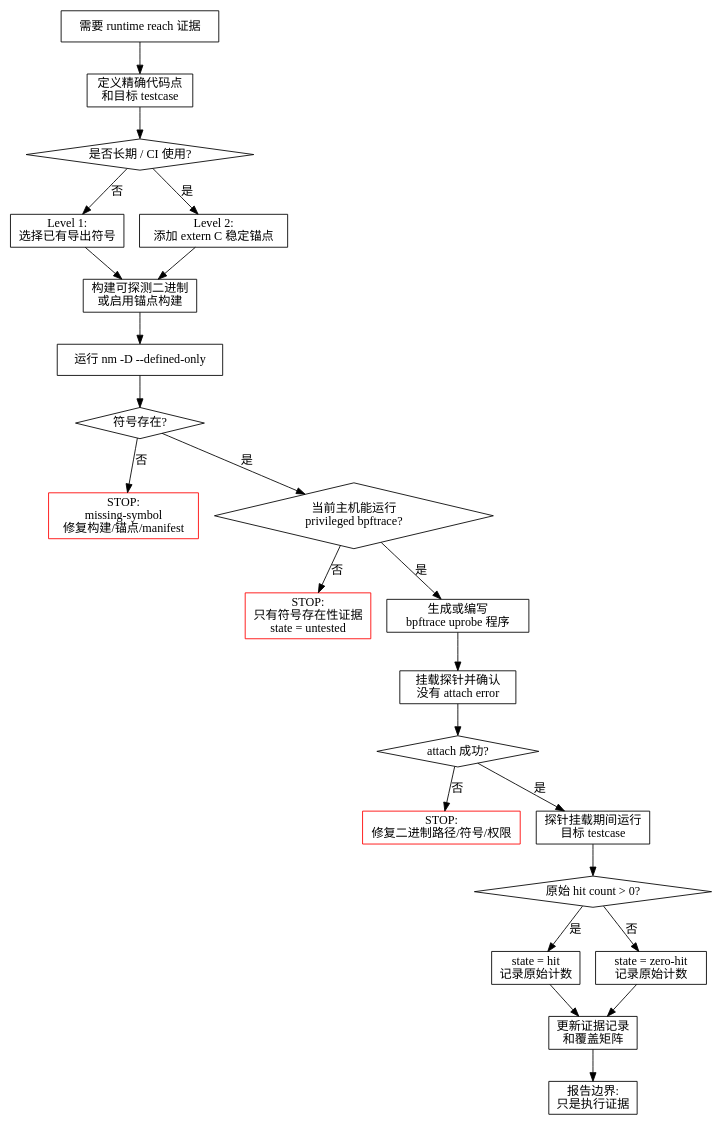
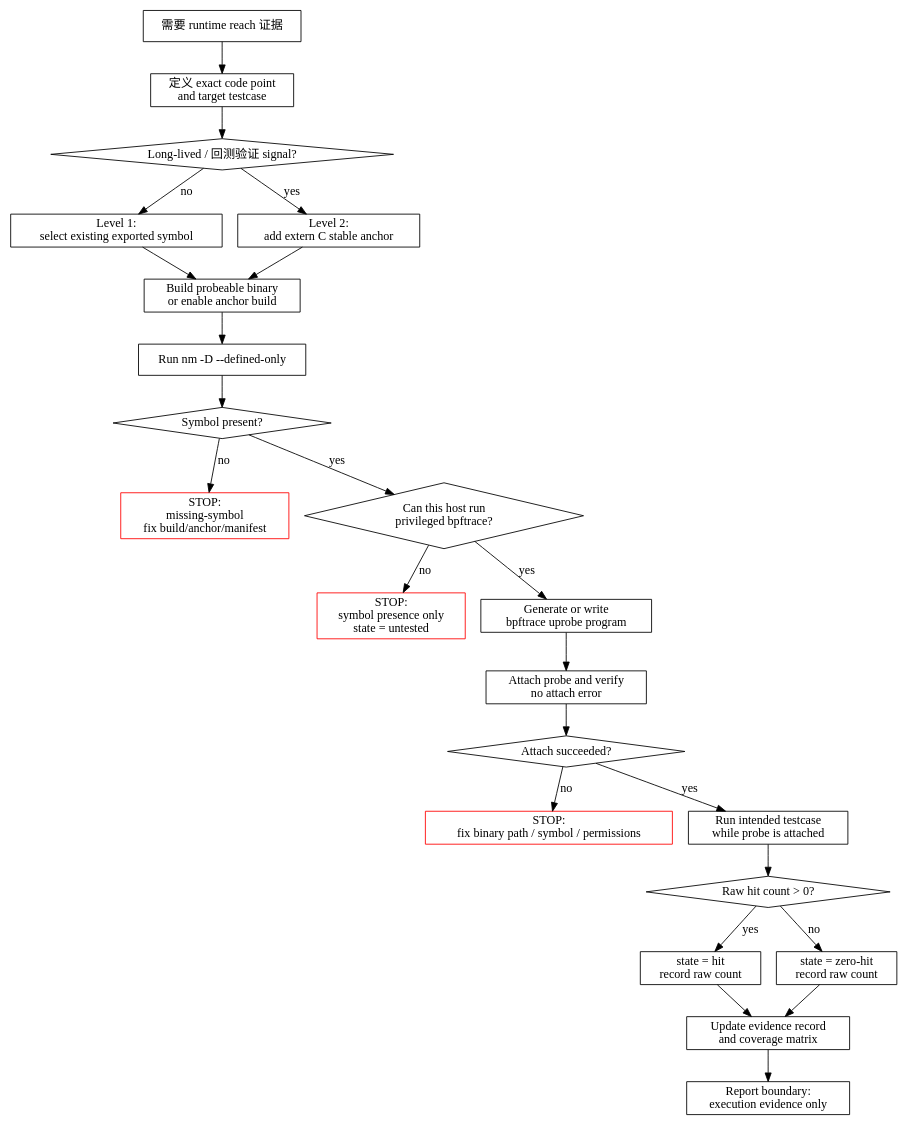
Before and after one commit to joe0731/modelopt_ptq_transformers_doctor: the diagram in .claude/skills/cn_verify_testcase_runtime_reach/SKILL.md, drawn with Graphviz. The commit also changed other lines of this file and 1 other file, not shown here.

````diff
--- a/.claude/skills/cn_verify_testcase_runtime_reach/SKILL.md
+++ b/.claude/skills/cn_verify_testcase_runtime_reach/SKILL.md
@@ -111,48 +114,48 @@
 ```dot
 digraph runtime_reach {
   rankdir=TB;
   node [shape=box];
 
   start [label="需要 runtime reach 证据"];
-  define [label="定义精确代码点\n和目标 testcase"];
-  durable [label="是否长期 / CI 使用?", shape=diamond];
-  level1 [label="Level 1:\n选择已有导出符号"];
-  level2 [label="Level 2:\n添加 extern C 稳定锚点"];
-  build [label="构建可探测二进制\n或启用锚点构建"];
-  nm [label="运行 nm -D --defined-only"];
-  symbol_ok [label="符号存在?", shape=diamond];
-  stop_missing [label="STOP:\nmissing-symbol\n修复构建/锚点/manifest", color=red];
-  privilege [label="当前主机能运行\nprivileged bpftrace?", shape=diamond];
-  stop_symbol_only [label="STOP:\n只有符号存在性证据\nstate = untested", color=red];
-  generate [label="生成或编写\nbpftrace uprobe 程序"];
-  attach [label="挂载探针并确认\n没有 attach error"];
-  attach_ok [label="attach 成功?", shape=diamond];
-  fix_probe [label="STOP:\n修复二进制路径/符号/权限", color=red];
-  run [label="探针挂载期间运行\n目标 testcase"];
-  hits [label="原始 hit count > 0?", shape=diamond];
-  hit [label="state = hit\n记录原始计数"];
-  zero [label="state = zero-hit\n记录原始计数"];
-  matrix [label="更新证据记录\n和覆盖矩阵"];
-  boundary [label="报告边界:\n只是执行证据"];
+  define [label="定义 exact code point\nand target testcase"];
+  durable [label="Long-lived / 回测验证 signal?", shape=diamond];
+  level1 [label="Level 1:\nselect existing exported symbol"];
+  level2 [label="Level 2:\nadd extern C stable anchor"];
+  build [label="Build probeable binary\nor enable anchor build"];
+  nm [label="Run nm -D --defined-only"];
+  symbol_ok [label="Symbol present?", shape=diamond];
+  stop_missing [label="STOP:\nmissing-symbol\nfix build/anchor/manifest", color=red];
+  privilege [label="Can this host run\nprivileged bpftrace?", shape=diamond];
+  stop_symbol_only [label="STOP:\nsymbol presence only\nstate = untested", color=red];
+  generate [label="Generate or write\nbpftrace uprobe program"];
+  attach [label="Attach probe and verify\nno attach error"];
+  attach_ok [label="Attach succeeded?", shape=diamond];
+  fix_probe [label="STOP:\nfix binary path / symbol / permissions", color=red];
+  run [label="Run intended testcase\nwhile probe is attached"];
+  hits [label="Raw hit count > 0?", shape=diamond];
+  hit [label="state = hit\nrecord raw count"];
+  zero [label="state = zero-hit\nrecord raw count"];
+  matrix [label="Update evidence record\nand coverage matrix"];
+  boundary [label="Report boundary:\nexecution evidence only"];
 
   start -> define -> durable;
-  durable -> level2 [label="是"];
-  durable -> level1 [label="否"];
+  durable -> level2 [label="yes"];
+  durable -> level1 [label="no"];
   level1 -> build;
   level2 -> build;
   build -> nm -> symbol_ok;
-  symbol_ok -> stop_missing [label="否"];
-  symbol_ok -> privilege [label="是"];
-  privilege -> stop_symbol_only [label="否"];
-  privilege -> generate [label="是"];
+  symbol_ok -> stop_missing [label="no"];
+  symbol_ok -> privilege [label="yes"];
+  privilege -> stop_symbol_only [label="no"];
+  privilege -> generate [label="yes"];
   generate -> attach -> attach_ok;
-  attach_ok -> fix_probe [label="否"];
-  attach_ok -> run [label="是"];
+  attach_ok -> fix_probe [label="no"];
+  attach_ok -> run [label="yes"];
   run -> hits;
-  hits -> hit [label="是"];
-  hits -> zero [label="否"];
+  hits -> hit [label="yes"];
+  hits -> zero [label="no"];
   hit -> matrix;
   zero -> matrix;
   matrix -> boundary;
 }
 ```
````
